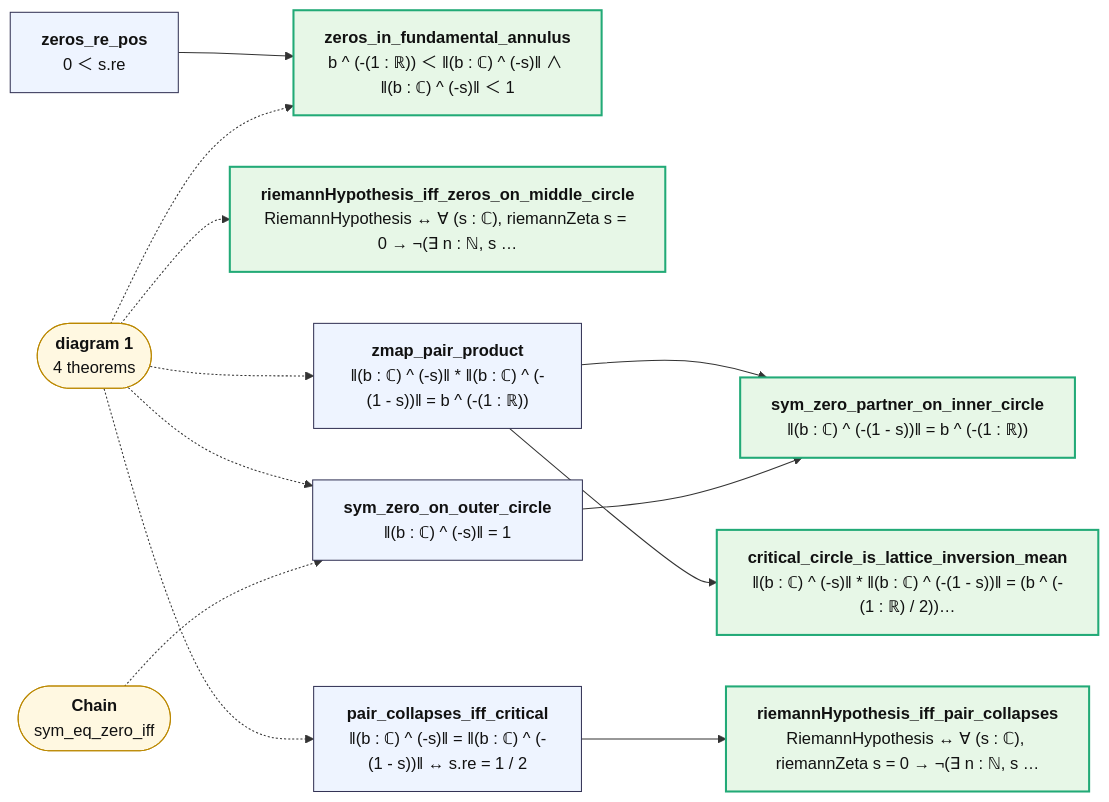
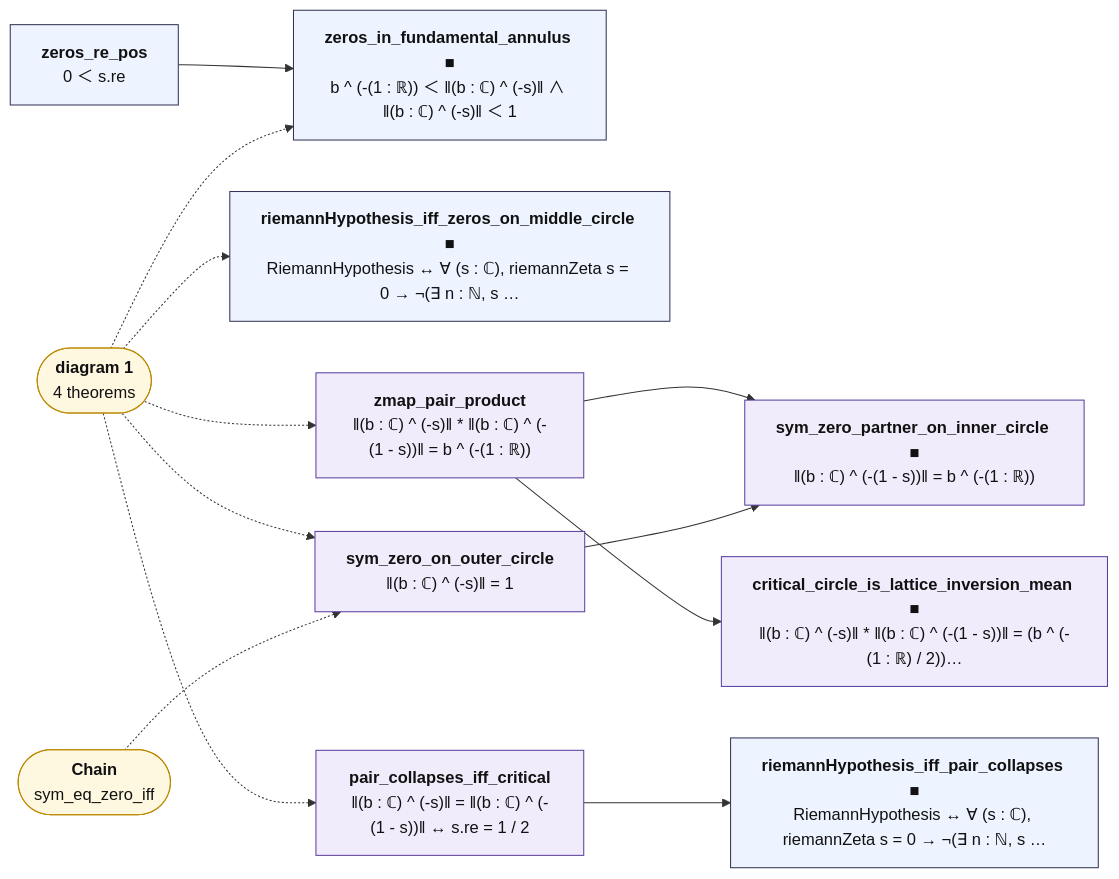
One commit to juliansambranojr/Primebeat_081426 changed the second of 2 diagrams in map/lean/Transform.md. Above: the diagram before and after it, drawn with Mermaid. The commit also changed other lines of this file and 398 other files, not shown here.

First line of the commit message:
map: the table first. Three layers from Lean's record of each proof and everything beneath it: counting (integers only), shape (analysis, no zeta), reads zeta; map/TABLE.md lists every counting theorem; the Riemann hypothesis is drawn as one reading at the edge

````diff
--- a/map/lean/Transform.md
+++ b/map/lean/Transform.md
@@ -80,30 +83,33 @@
 ```mermaid
 flowchart LR
   n0["<b>zeros_re_pos</b><br/>0 ＜ s.re"]:::thm
-  n1["<b>zeros_in_fundamental_annulus</b><br/>b ^ (-(1 : ℝ)) ＜ ‖(b : ℂ) ^ (-s)‖ ∧ ‖(b : ℂ) ^ (-s)‖ ＜ 1"]:::end_
-  n2["<b>riemannHypothesis_iff_zeros_on_middle_circle</b><br/>RiemannHypothesis ↔ ∀ (s : ℂ), riemannZeta s = 0 → ¬(∃ n : ℕ, s …"]:::end_
-  n3["<b>zmap_pair_product</b><br/>‖(b : ℂ) ^ (-s)‖ * ‖(b : ℂ) ^ (-(1 - s))‖ = b ^ (-(1 : ℝ))"]:::thm
-  n4["<b>pair_collapses_iff_critical</b><br/>‖(b : ℂ) ^ (-s)‖ = ‖(b : ℂ) ^ (-(1 - s))‖ ↔ s.re = 1 / 2"]:::thm
-  n5["<b>riemannHypothesis_iff_pair_collapses</b><br/>RiemannHypothesis ↔ ∀ (s : ℂ), riemannZeta s = 0 → ¬(∃ n : ℕ, s …"]:::end_
-  n6["<b>sym_zero_on_outer_circle</b><br/>‖(b : ℂ) ^ (-s)‖ = 1"]:::thm
-  n7["<b>sym_zero_partner_on_inner_circle</b><br/>‖(b : ℂ) ^ (-(1 - s))‖ = b ^ (-(1 : ℝ))"]:::end_
-  n8["<b>critical_circle_is_lattice_inversion_mean</b><br/>‖(b : ℂ) ^ (-s)‖ * ‖(b : ℂ) ^ (-(1 - s))‖ = (b ^ (-(1 : ℝ) / 2))…"]:::end_
+  n1["<b>zeros_in_fundamental_annulus ■</b><br/>b ^ (-(1 : ℝ)) ＜ ‖(b : ℂ) ^ (-s)‖ ∧ ‖(b : ℂ) ^ (-s)‖ ＜ 1"]:::thm
+  n2["<b>riemannHypothesis_iff_zeros_on_middle_circle ■</b><br/>RiemannHypothesis ↔ ∀ (s : ℂ), riemannZeta s = 0 → ¬(∃ n : ℕ, s …"]:::thm
+  n3["<b>zmap_pair_product</b><br/>‖(b : ℂ) ^ (-s)‖ * ‖(b : ℂ) ^ (-(1 - s))‖ = b ^ (-(1 : ℝ))"]:::shp
+  n4["<b>pair_collapses_iff_critical</b><br/>‖(b : ℂ) ^ (-s)‖ = ‖(b : ℂ) ^ (-(1 - s))‖ ↔ s.re = 1 / 2"]:::shp
+  n5["<b>riemannHypothesis_iff_pair_collapses ■</b><br/>RiemannHypothesis ↔ ∀ (s : ℂ), riemannZeta s = 0 → ¬(∃ n : ℕ, s …"]:::thm
+  n6["<b>sym_zero_on_outer_circle</b><br/>‖(b : ℂ) ^ (-s)‖ = 1"]:::shp
+  n7["<b>sym_zero_partner_on_inner_circle ■</b><br/>‖(b : ℂ) ^ (-(1 - s))‖ = b ^ (-(1 : ℝ))"]:::shp
+  n8["<b>critical_circle_is_lattice_inversion_mean ■</b><br/>‖(b : ℂ) ^ (-s)‖ * ‖(b : ℂ) ^ (-(1 - s))‖ = (b ^ (-(1 : ℝ) / 2))…"]:::shp
   x0(["<b>diagram 1</b><br/>4 theorems"]):::ext
   x1(["<b>Chain</b><br/>sym_eq_zero_iff"]):::ext
   n0 --> n1
   n3 --> n7
   n3 --> n8
   n4 --> n5
   n6 --> n7
   x0 -.-> n1
   x0 -.-> n2
   x0 -.-> n3
   x0 -.-> n4
   x0 -.-> n6
   x1 -.-> n6
+  classDef cnt fill:#dff5ec,stroke:#17694a,color:#111
+  classDef shp fill:#f1ecfb,stroke:#5b3fa0,color:#111
+  classDef rh fill:#ffe5e5,stroke:#c22,color:#111,stroke-width:2px
   classDef thm fill:#eef4ff,stroke:#335,color:#111
   classDef end_ fill:#e7f7e7,stroke:#2a7,color:#111,stroke-width:2px
   classDef lone fill:#fff,stroke:#999,color:#111,stroke-dasharray:4 3
   classDef bad fill:#ffe5e5,stroke:#c22,color:#111,stroke-width:2px
   classDef ext fill:#fff8e1,stroke:#b80,color:#111
 ```
````
